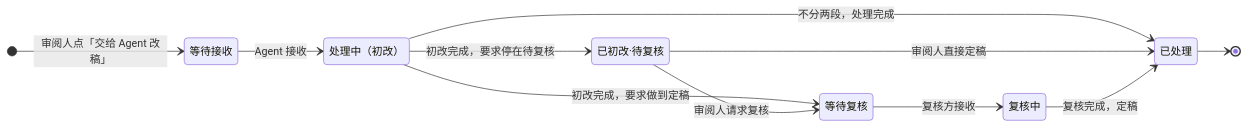
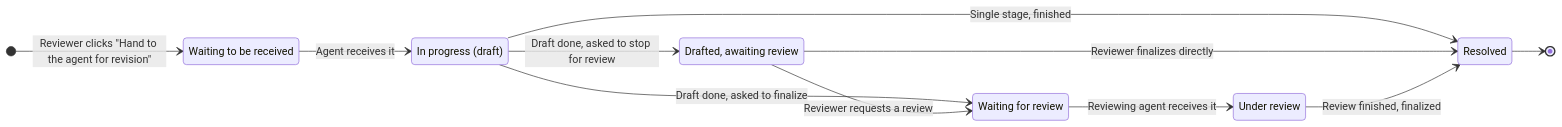
The third of 4 diagrams in README.md (hezhongtang/annotation-everything), drawn with Mermaid before and after one commit. The commit also changed other lines of this file and 12 other files, not shown here.

````diff
--- a/README.md
+++ b/README.md
@@ -367,21 +367,21 @@
 ```mermaid
 stateDiagram-v2
     direction LR
-    state "等待接收" as pending
-    state "处理中（初改）" as claimed
-    state "已初改·待复核" as drafted
-    state "等待复核" as review
-    state "复核中" as reviewing
-    state "已处理" as done
+    state "Waiting to be received" as pending
+    state "In progress (draft)" as claimed
+    state "Drafted, awaiting review" as drafted
+    state "Waiting for review" as review
+    state "Under review" as reviewing
+    state "Resolved" as done
 
-    [*] --> pending: 审阅人点「交给 Agent 改稿」
-    pending --> claimed: Agent 接收
-    claimed --> done: 不分两段，处理完成
-    claimed --> drafted: 初改完成，要求停在待复核
-    claimed --> review: 初改完成，要求做到定稿
-    drafted --> review: 审阅人请求复核
-    drafted --> done: 审阅人直接定稿
-    review --> reviewing: 复核方接收
-    reviewing --> done: 复核完成，定稿
+    [*] --> pending: Reviewer clicks "Hand to the agent for revision"
+    pending --> claimed: Agent receives it
+    claimed --> done: Single stage, finished
+    claimed --> drafted: Draft done, asked to stop for review
+    claimed --> review: Draft done, asked to finalize
+    drafted --> review: Reviewer requests a review
+    drafted --> done: Reviewer finalizes directly
+    review --> reviewing: Reviewing agent receives it
+    reviewing --> done: Review finished, finalized
     done --> [*]
 ```
````
